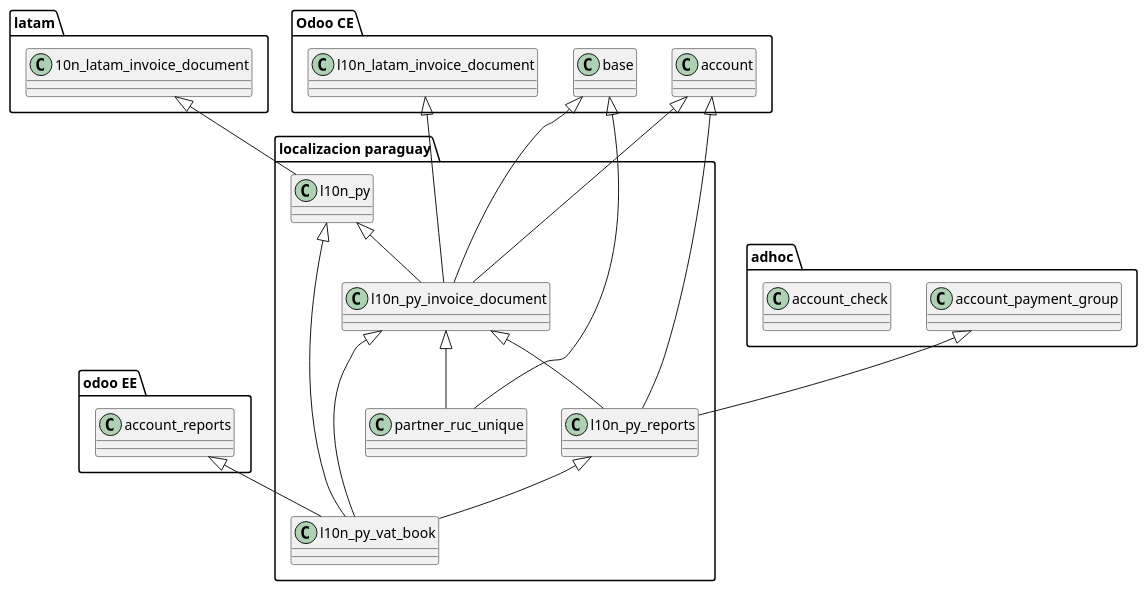
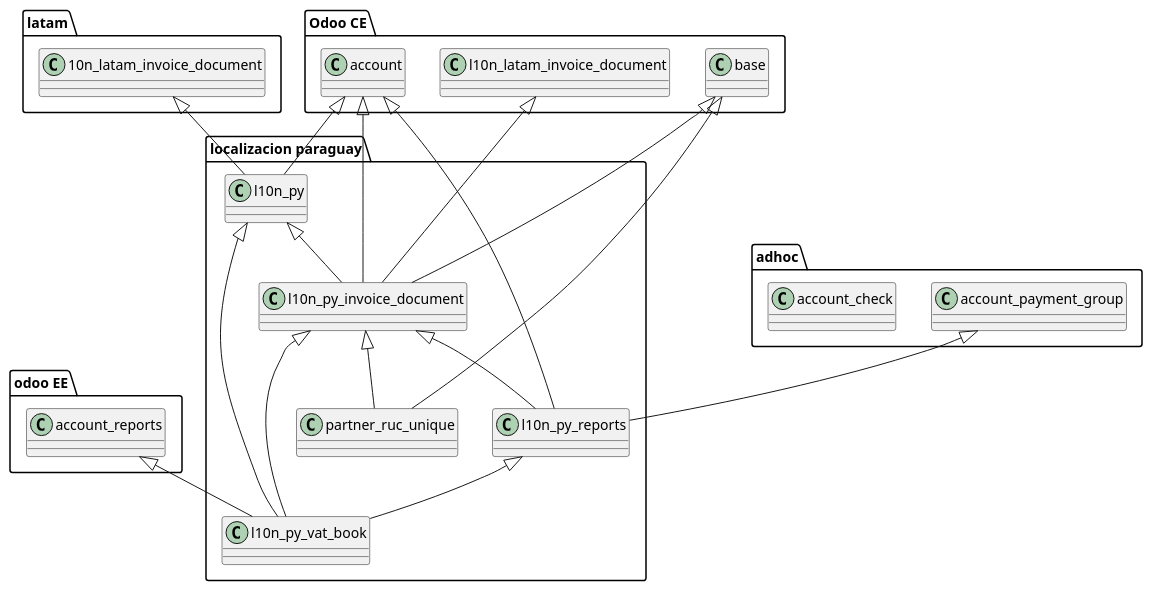
One commit to yasserdjerbi/test changed the diagram in doc/global.puml. Above: the diagram before and after it, drawn with PlantUML.

Commit message:
[ADD] - puml integration

```diff
--- a/doc/global.puml
+++ b/doc/global.puml
@@ -1,45 +1,50 @@
 @startuml
 
 package "odoo EE" {
 class account_reports
 }
 
 package "Odoo CE" {
+    class base
     class account
-    class base
     class l10n_latam_invoice_document
 }
+
 package "latam" {
     class 10n_latam_invoice_document
 }
+
 package "localizacion paraguay" {
     class l10n_py
     class l10n_py_invoice_document
     class l10n_py_reports
     class l10n_py_vat_book
     class partner_ruc_unique
 }
+
 package "adhoc" {
     class account_payment_group
     class account_check
 }
 
 10n_latam_invoice_document <|-- l10n_py
+account <|-- l10n_py
+
 base <|--- l10n_py_invoice_document
 l10n_py <|-- l10n_py_invoice_document
 account <|--- l10n_py_invoice_document
 l10n_latam_invoice_document <|-- l10n_py_invoice_document
 
 account <|-- l10n_py_reports
 l10n_py_invoice_document <|-- l10n_py_reports
 account_payment_group <|-- l10n_py_reports
 
 l10n_py <|-- l10n_py_vat_book
 l10n_py_reports <|-- l10n_py_vat_book
 l10n_py_invoice_document <|-- l10n_py_vat_book
 account_reports <|-- l10n_py_vat_book
 
 base <|-- partner_ruc_unique
 l10n_py_invoice_document <|-- partner_ruc_unique
 
 @enduml
```
